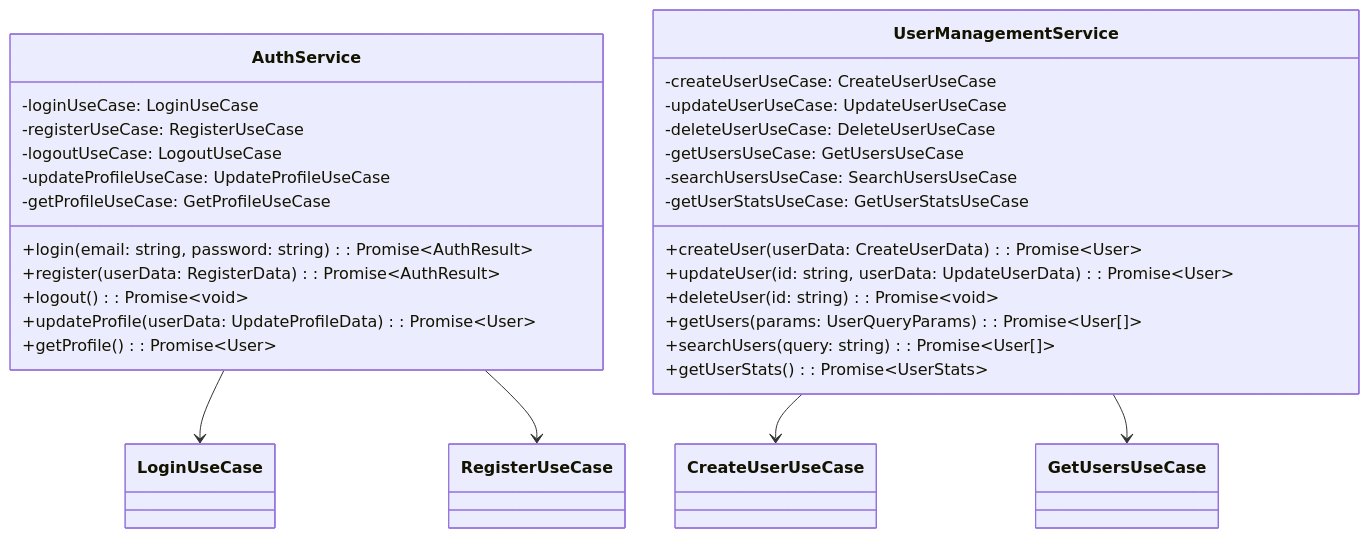
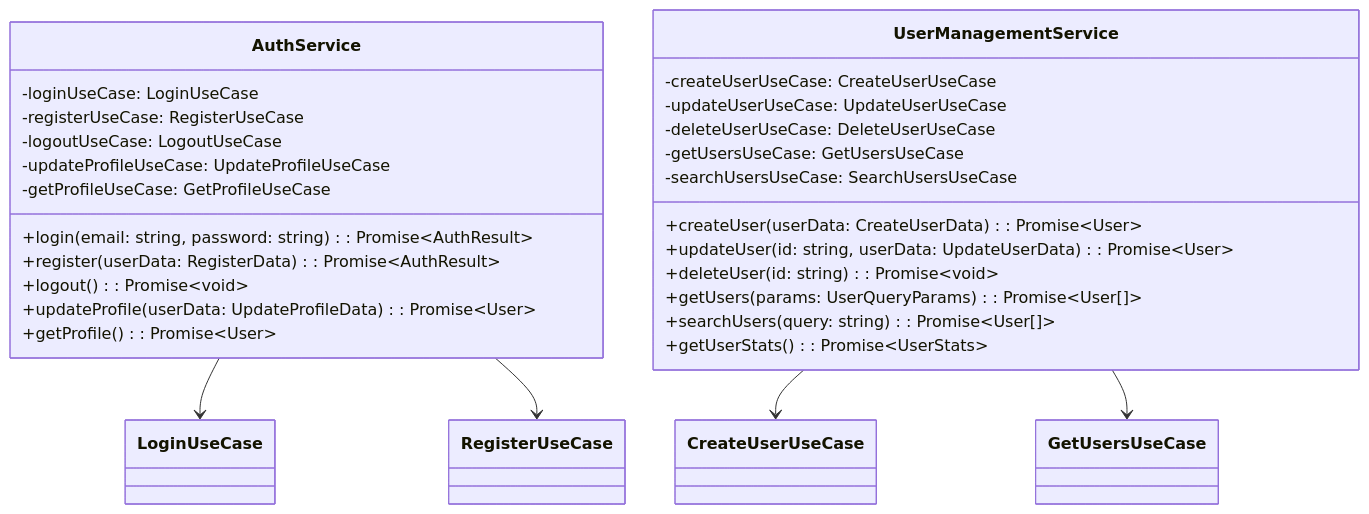
The seventh of 17 diagrams in frontend/docs/architecture/clean-architecture-guide.md (josephnguyen-macusaone/abc-dashboard), drawn with Mermaid before and after one commit. The commit also changed other lines of this file and 95 other files, not shown here.

````diff
--- a/frontend/docs/architecture/clean-architecture-guide.md
+++ b/frontend/docs/architecture/clean-architecture-guide.md
@@ -259,35 +258,34 @@
 ```mermaid
 classDiagram
     class AuthService {
         -loginUseCase: LoginUseCase
         -registerUseCase: RegisterUseCase
         -logoutUseCase: LogoutUseCase
         -updateProfileUseCase: UpdateProfileUseCase
         -getProfileUseCase: GetProfileUseCase
         +login(email: string, password: string): Promise~AuthResult~
         +register(userData: RegisterData): Promise~AuthResult~
         +logout(): Promise~void~
         +updateProfile(userData: UpdateProfileData): Promise~User~
         +getProfile(): Promise~User~
     }
 
     class UserManagementService {
         -createUserUseCase: CreateUserUseCase
         -updateUserUseCase: UpdateUserUseCase
         -deleteUserUseCase: DeleteUserUseCase
         -getUsersUseCase: GetUsersUseCase
         -searchUsersUseCase: SearchUsersUseCase
-        -getUserStatsUseCase: GetUserStatsUseCase
         +createUser(userData: CreateUserData): Promise~User~
         +updateUser(id: string, userData: UpdateUserData): Promise~User~
         +deleteUser(id: string): Promise~void~
         +getUsers(params: UserQueryParams): Promise~User[]~
         +searchUsers(query: string): Promise~User[]~
         +getUserStats(): Promise~UserStats~
     }
 
     AuthService --> LoginUseCase
     AuthService --> RegisterUseCase
     UserManagementService --> CreateUserUseCase
     UserManagementService --> GetUsersUseCase
 ```
````
